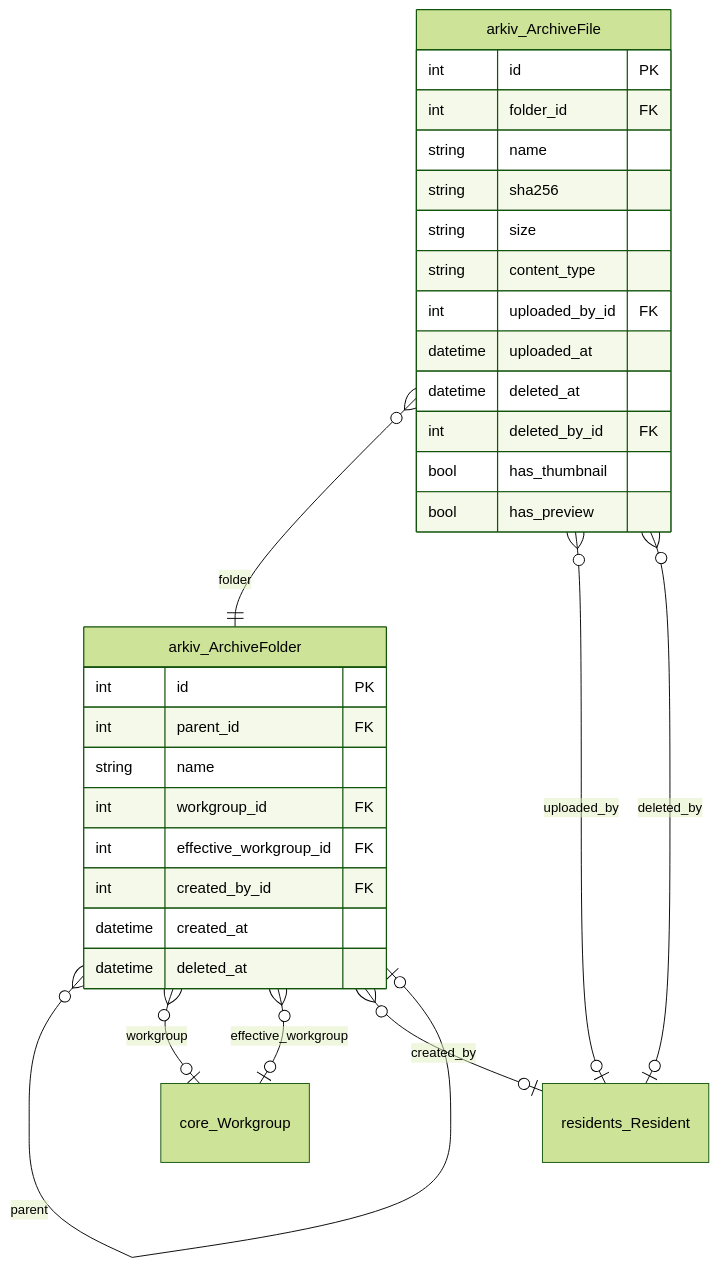
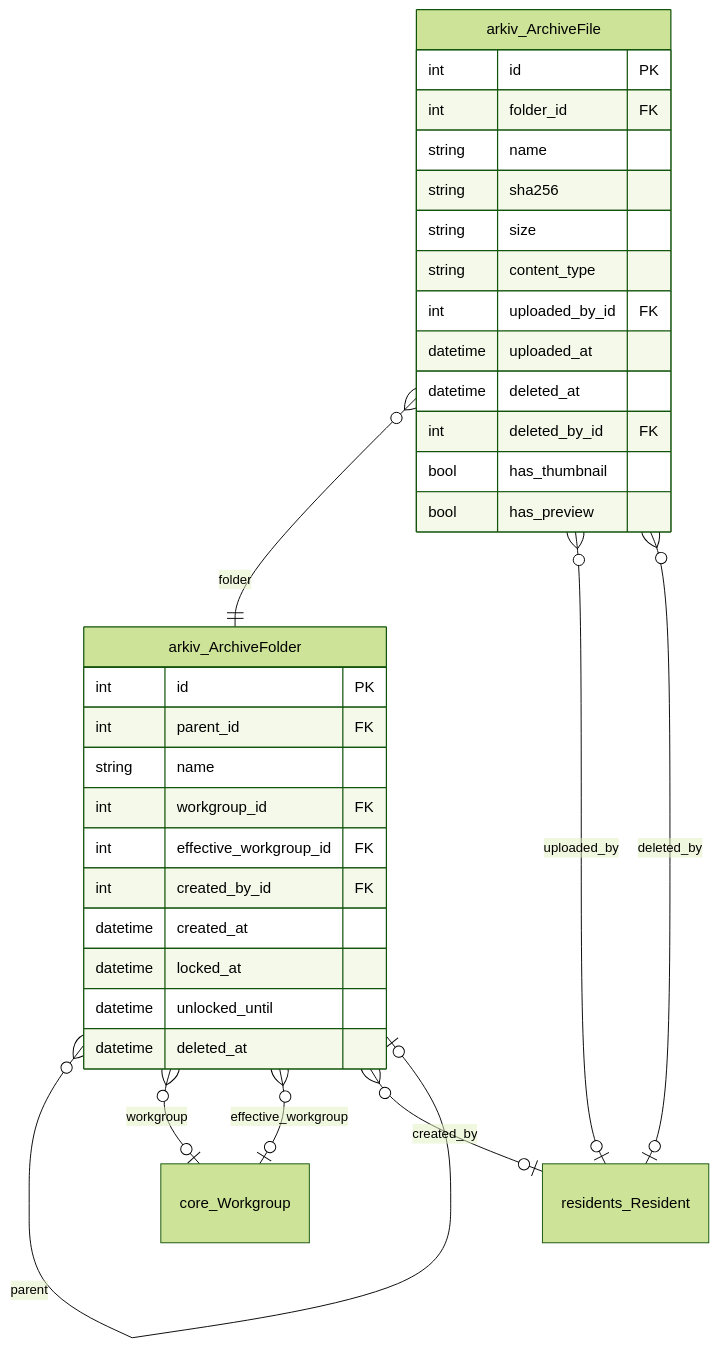
The fourth of 15 diagrams in docs/erd.md (GAHK-org/gahk_intern), drawn with Mermaid (forest theme) before and after one commit. The commit also changed other lines of this file and 21 other files, not shown here.

````diff
--- a/docs/erd.md
+++ b/docs/erd.md
@@ -674,40 +705,42 @@
 ```mermaid
 erDiagram
     arkiv_ArchiveFolder {
         int id PK
         int parent_id FK
         string name
         int workgroup_id FK
         int effective_workgroup_id FK
         int created_by_id FK
         datetime created_at
+        datetime locked_at
+        datetime unlocked_until
         datetime deleted_at
     }
 
     arkiv_ArchiveFile {
         int id PK
         int folder_id FK
         string name
         string sha256
         string size
         string content_type
         int uploaded_by_id FK
         datetime uploaded_at
         datetime deleted_at
         int deleted_by_id FK
         bool has_thumbnail
         bool has_preview
     }
 
     core_Workgroup { }
 
     residents_Resident { }
 
     arkiv_ArchiveFolder }o--|o arkiv_ArchiveFolder : "parent"
     arkiv_ArchiveFolder }o--|o core_Workgroup : "workgroup"
     arkiv_ArchiveFolder }o--|o core_Workgroup : "effective_workgroup"
     arkiv_ArchiveFolder }o--|o residents_Resident : "created_by"
     arkiv_ArchiveFile }o--|| arkiv_ArchiveFolder : "folder"
     arkiv_ArchiveFile }o--|o residents_Resident : "uploaded_by"
     arkiv_ArchiveFile }o--|o residents_Resident : "deleted_by"
 ```
````
